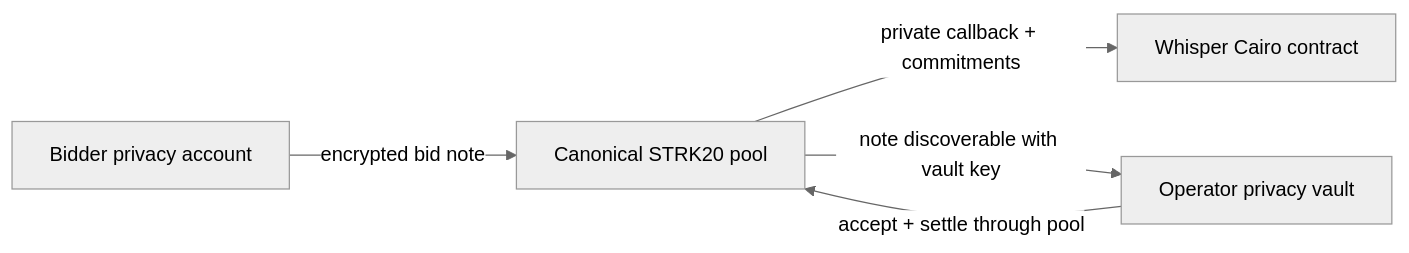
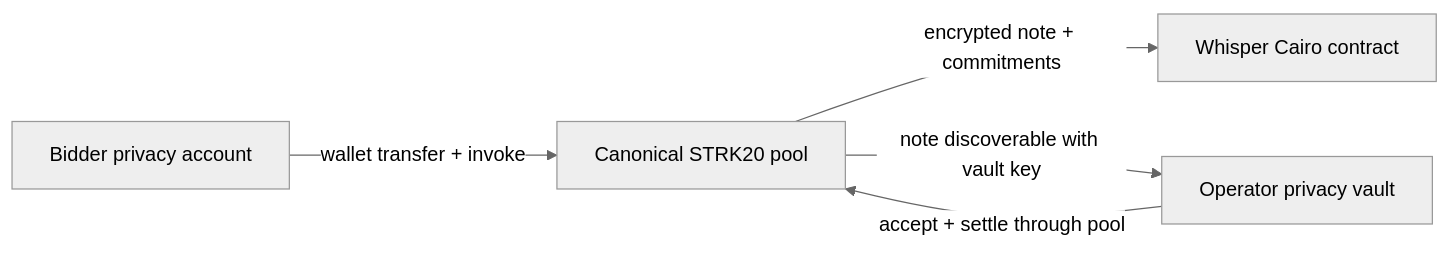
The diagram in docs/src/pages/index.mdx (broody/whisper), drawn with Mermaid (neutral theme) before and after one commit. The commit also changed other lines of this file and 30 other files, not shown here.

Commit message:
feat: add wallet-compatible private bid tranches

````diff
--- a/docs/src/pages/index.mdx
+++ b/docs/src/pages/index.mdx
@@ -16,12 +16,12 @@
 ```mermaid
 flowchart LR
   bidder["Bidder privacy account"]
   pool["Canonical STRK20 pool"]
   whisper["Whisper Cairo contract"]
   operator["Operator privacy vault"]
 
-  bidder -->|"encrypted bid note"| pool
-  pool -->|"private callback + commitments"| whisper
+  bidder -->|"wallet transfer + invoke"| pool
+  pool -->|"encrypted note + commitments"| whisper
   pool -->|"note discoverable with vault key"| operator
   operator -->|"accept + settle through pool"| pool
 ```
````
